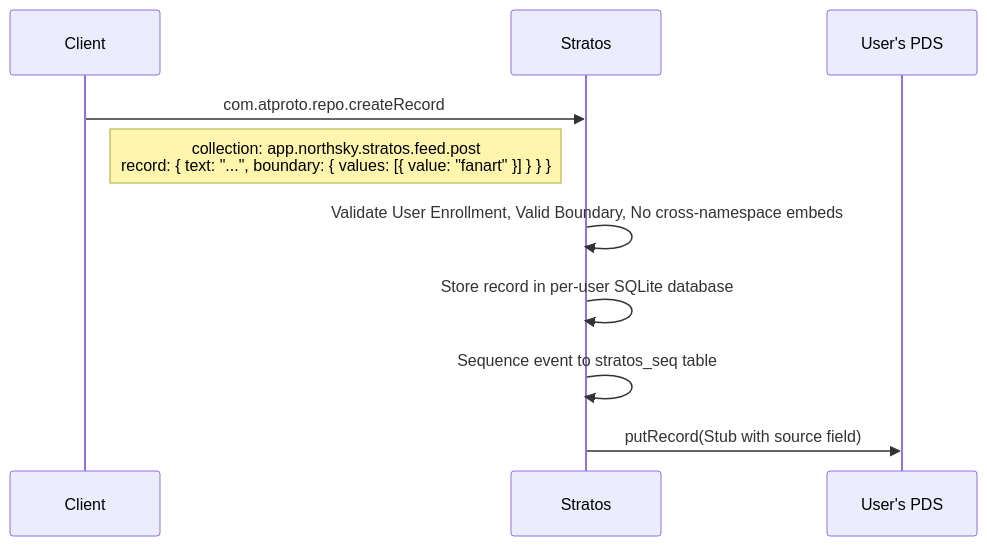
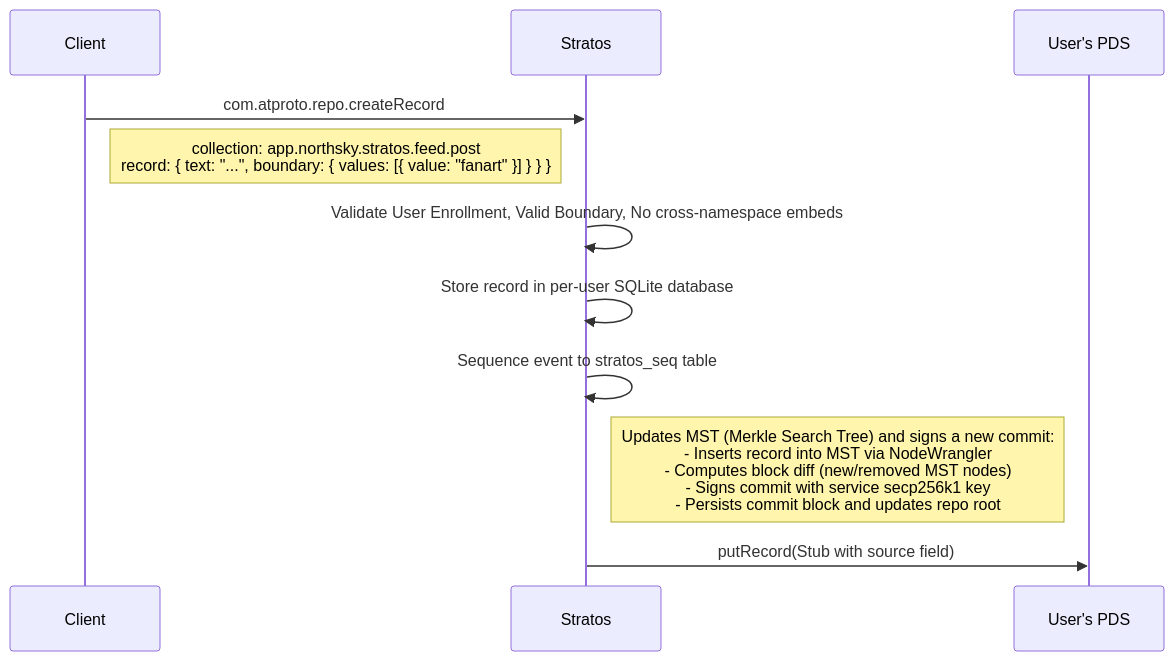
One commit to NorthskySocial/stratos changed the third of 5 diagrams in docs/operator-guide.md. Above: the diagram before and after it, drawn with Mermaid. The commit also changed other lines of this file and 1 other file, not shown here.

First line of the commit message:
Fixed test for signing key purposes.

````diff
--- a/docs/operator-guide.md
+++ b/docs/operator-guide.md
@@ -94,15 +99,16 @@
 ```mermaid
 sequenceDiagram
     participant C as Client
     participant S as Stratos
     participant P as User's PDS
 
     C->>S: com.atproto.repo.createRecord
     Note right of C: collection: app.northsky.stratos.feed.post<br/>record: { text: "...", boundary: { values: [{ value: "fanart" }] } } }
 
     S->>S: Validate User Enrollment, Valid Boundary, No cross-namespace embeds
     S->>S: Store record in per-user SQLite database
     S->>S: Sequence event to stratos_seq table
+    Note right of S: Updates MST (Merkle Search Tree) and signs a new commit:<br/>- Inserts record into MST via NodeWrangler<br/>- Computes block diff (new/removed MST nodes)<br/>- Signs commit with service secp256k1 key<br/>- Persists commit block and updates repo root
 
     S->>P: putRecord(Stub with source field)
 ```
````
